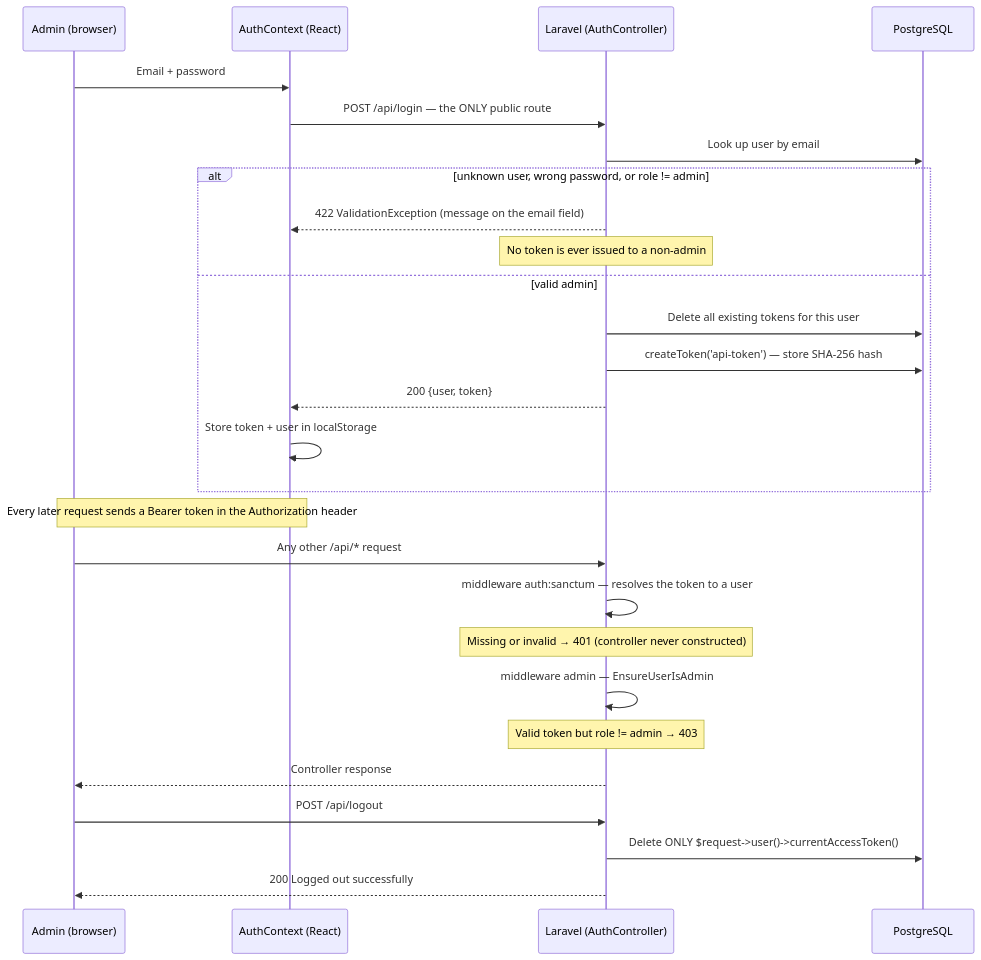
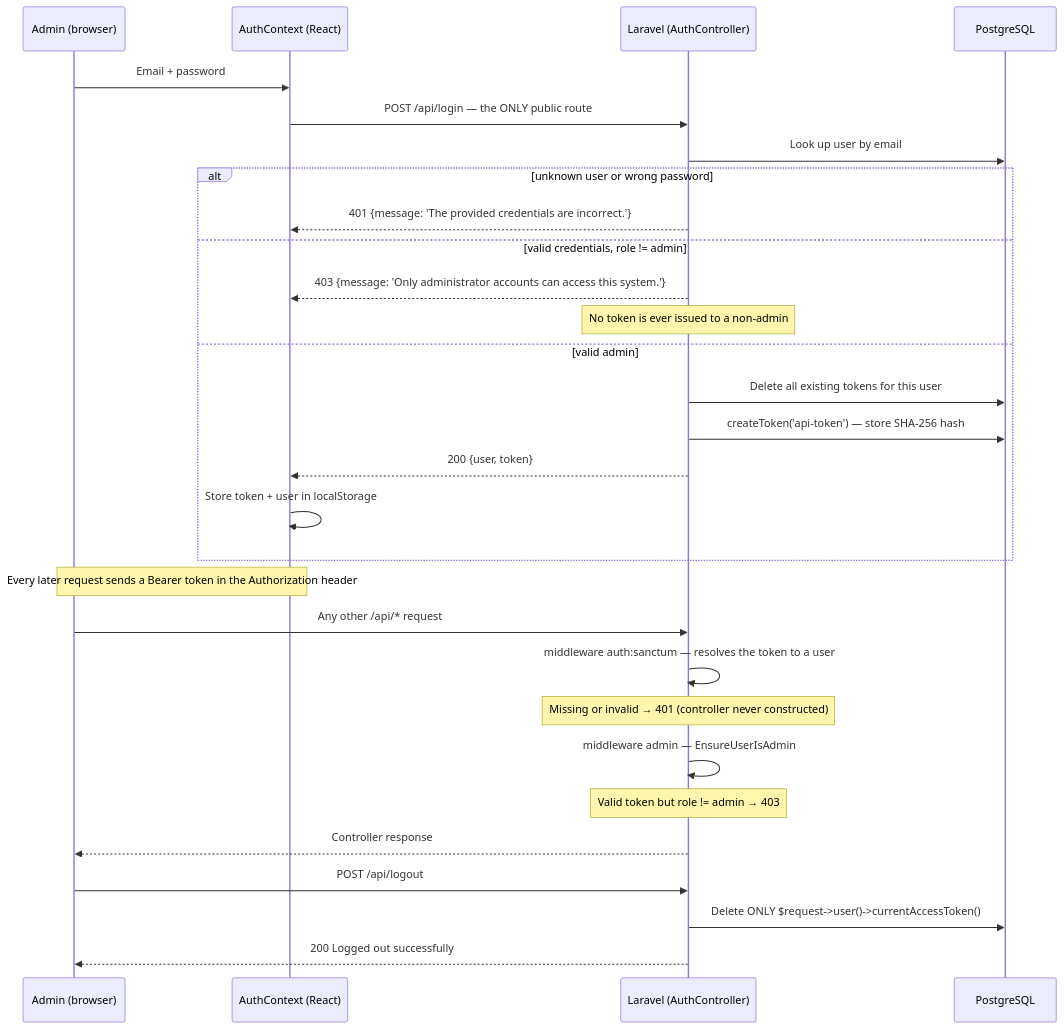
Before and after one commit to KiroOoo-arch/IT-faculty-scheduling-system: the sixth of 8 diagrams in documentation/System-Architecture.md, drawn with Mermaid. The commit also changed 44 other files, not shown here.

````diff
--- a/documentation/System-Architecture.md
+++ b/documentation/System-Architecture.md
@@ -271,32 +271,34 @@
 ```mermaid
 sequenceDiagram
     participant U as Admin (browser)
     participant F as AuthContext (React)
     participant L as Laravel (AuthController)
     participant DB as PostgreSQL
 
     U->>F: Email + password
     F->>L: POST /api/login — the ONLY public route
     L->>DB: Look up user by email
-    alt unknown user, wrong password, or role != admin
-        L-->>F: 422 ValidationException (message on the email field)
+    alt unknown user or wrong password
+        L-->>F: 401 {message: 'The provided credentials are incorrect.'}
+    else valid credentials, role != admin
+        L-->>F: 403 {message: 'Only administrator accounts can access this system.'}
         Note over L: No token is ever issued to a non-admin
     else valid admin
         L->>DB: Delete all existing tokens for this user
         L->>DB: createToken('api-token') — store SHA-256 hash
         L-->>F: 200 {user, token}
         F->>F: Store token + user in localStorage
     end
 
     Note over U,F: Every later request sends a Bearer token in the Authorization header
     U->>L: Any other /api/* request
     L->>L: middleware auth:sanctum — resolves the token to a user
     Note over L: Missing or invalid → 401 (controller never constructed)
     L->>L: middleware admin — EnsureUserIsAdmin
     Note over L: Valid token but role != admin → 403
     L-->>U: Controller response
 
     U->>L: POST /api/logout
     L->>DB: Delete ONLY $request->user()->currentAccessToken()
     L-->>U: 200 Logged out successfully
 ```
````
